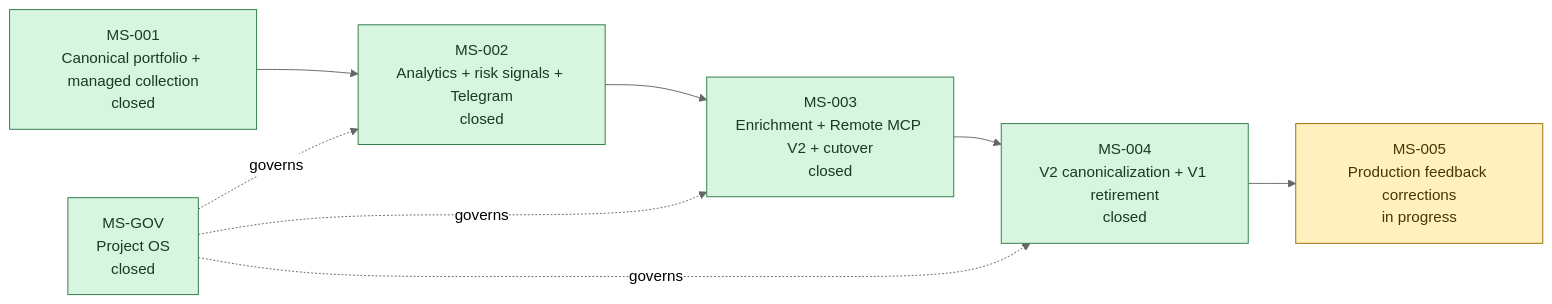
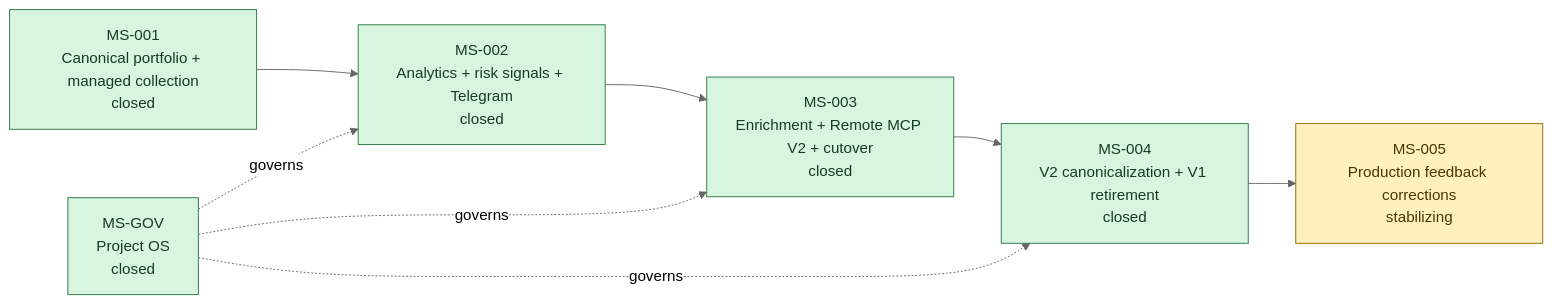
Before and after one commit to meringue5/KIS_Portfolio_MCP: the first of 3 diagrams in docs/milestones/README.md, drawn with Mermaid (neutral theme). The commit also changed 4 other files, not shown here.

````diff
--- a/docs/milestones/README.md
+++ b/docs/milestones/README.md
@@ -22,21 +22,21 @@
 ```mermaid
 flowchart LR
     MSGOV["MS-GOV<br/>Project OS<br/>closed"]
     MS1["MS-001<br/>Canonical portfolio + managed collection<br/>closed"]
     MS2["MS-002<br/>Analytics + risk signals + Telegram<br/>closed"]
     MS3["MS-003<br/>Enrichment + Remote MCP V2 + cutover<br/>closed"]
     MS4["MS-004<br/>V2 canonicalization + V1 retirement<br/>closed"]
-    MS5["MS-005<br/>Production feedback corrections<br/>in progress"]
+    MS5["MS-005<br/>Production feedback corrections<br/>stabilizing"]
 
     MS1 --> MS2 --> MS3 --> MS4 --> MS5
     MSGOV -. governs .-> MS2
     MSGOV -. governs .-> MS3
     MSGOV -. governs .-> MS4
 
     classDef closed fill:#d7f5df,stroke:#2d7a46,color:#173b24;
     classDef verified fill:#e5f4ff,stroke:#0870a8,color:#123b72;
     classDef active fill:#fff1bf,stroke:#9a6b00,color:#4b3500;
     classDef proposed fill:#eef1f5,stroke:#667085,color:#344054;
     class MS1,MS2,MS3,MS4,MSGOV closed;
     class MS5 active;
 ```
````
